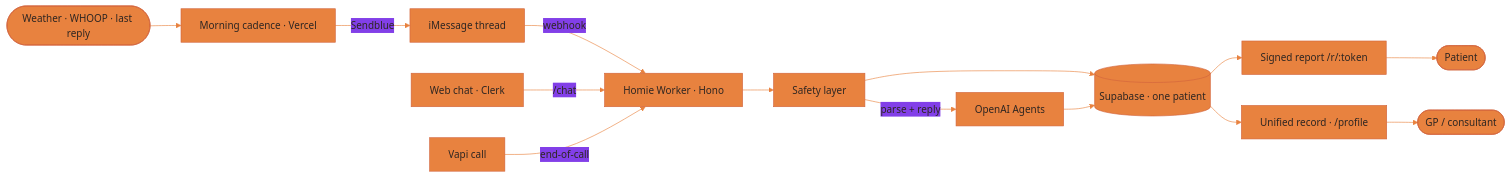
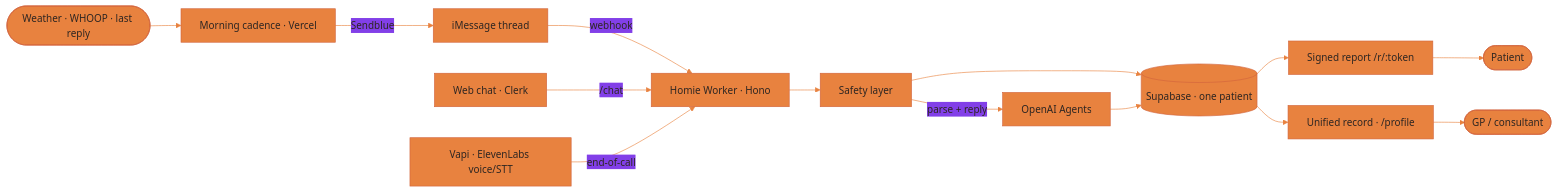
The first of 2 diagrams in README.md (HahaBill/Homie), drawn with Mermaid before and after one commit. The commit also changed other lines of this file, not shown here.

````diff
--- a/README.md
+++ b/README.md
@@ -84,17 +86,17 @@
 ```mermaid
 %%{init: {'theme':'base','themeVariables':{'primaryColor':'#E8823F','primaryTextColor':'#2E2622','primaryBorderColor':'#D2643C','lineColor':'#E8823F','clusterBkg':'#FBF4EA','clusterBorder':'#EDE1D3'}}}%%
 flowchart LR
   signals([Weather · WHOOP · last reply]) --> cron[Morning cadence · Vercel]
   cron -->|Sendblue| thread[iMessage thread]
   thread -->|webhook| worker[Homie Worker · Hono]
   web[Web chat · Clerk] -->|/chat| worker
-  voice[Vapi call] -->|end-of-call| worker
+  voice[Vapi · ElevenLabs voice/STT] -->|end-of-call| worker
   worker --> safety[Safety layer]
   safety -->|parse + reply| ai[OpenAI Agents]
   safety --> db[(Supabase · one patient)]
   ai --> db
   db --> report[Signed report /r/:token]
   db --> record[Unified record · /profile]
   report --> patient([Patient])
   record --> clinician([GP / consultant])
 ```
````
